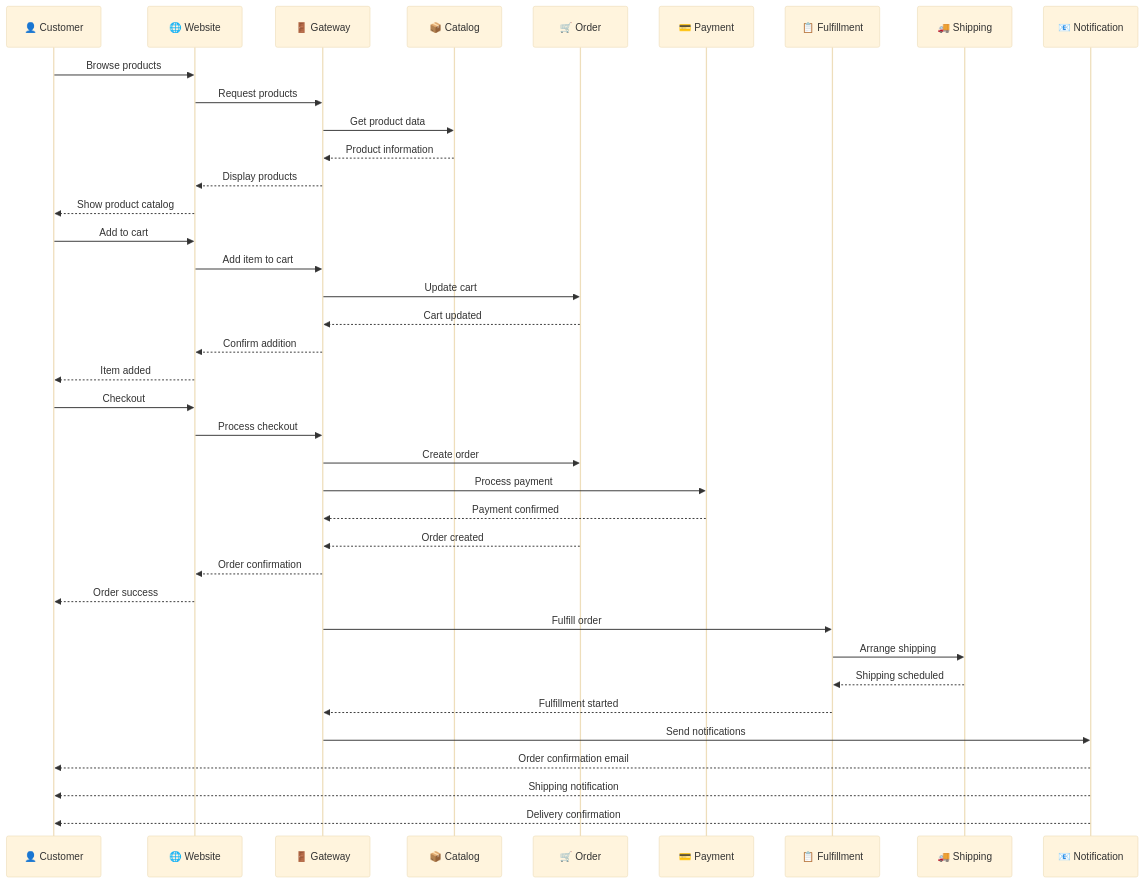
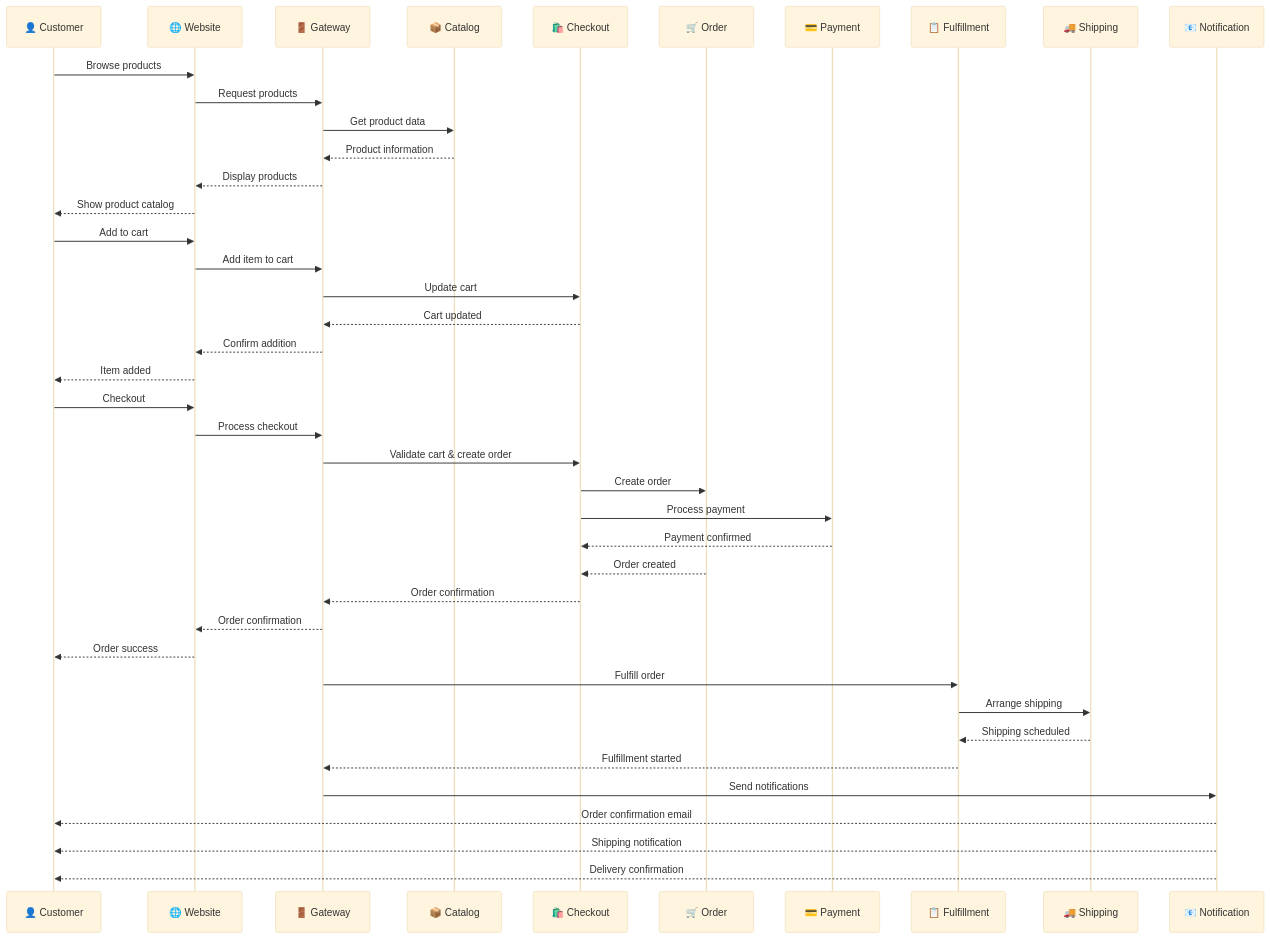
One commit to vesviet/Composable-Commerce-Service-Architecture changed the second of 2 diagrams in 01-architecture/system-overview.md. Above: the diagram before and after it, drawn with Mermaid (base theme). The commit also changed other lines of this file and 31 other files, not shown here.

````diff
--- a/01-architecture/system-overview.md
+++ b/01-architecture/system-overview.md
@@ -165,45 +171,48 @@
 ```mermaid
 sequenceDiagram
     participant C as 👤 Customer
     participant W as 🌐 Website
     participant G as 🚪 Gateway
     participant CAT as 📦 Catalog
+    participant CH as 🛍️ Checkout
     participant O as 🛒 Order
     participant P as 💳 Payment
     participant F as 📋 Fulfillment
     participant S as 🚚 Shipping
     participant N as 📧 Notification
     
     C->>W: Browse products
     W->>G: Request products
     G->>CAT: Get product data
     CAT-->>G: Product information
     G-->>W: Display products
     W-->>C: Show product catalog
     
     C->>W: Add to cart
     W->>G: Add item to cart
-    G->>O: Update cart
-    O-->>G: Cart updated
+    G->>CH: Update cart
+    CH-->>G: Cart updated
     G-->>W: Confirm addition
     W-->>C: Item added
     
     C->>W: Checkout
     W->>G: Process checkout
-    G->>O: Create order
-    G->>P: Process payment
-    P-->>G: Payment confirmed
-    O-->>G: Order created
+    G->>CH: Validate cart & create order
+    CH->>O: Create order
+    CH->>P: Process payment
+    P-->>CH: Payment confirmed
+    O-->>CH: Order created
+    CH-->>G: Order confirmation
     G-->>W: Order confirmation
     W-->>C: Order success
     
     G->>F: Fulfill order
     F->>S: Arrange shipping
     S-->>F: Shipping scheduled
     F-->>G: Fulfillment started
     
     G->>N: Send notifications
     N-->>C: Order confirmation email
     N-->>C: Shipping notification
     N-->>C: Delivery confirmation
 ```
````
